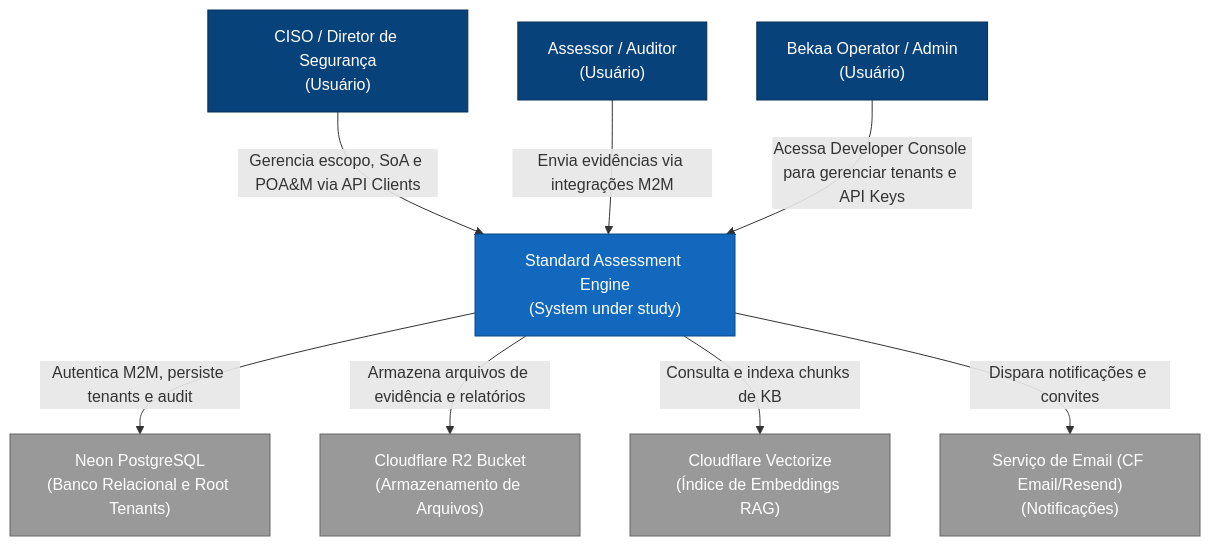
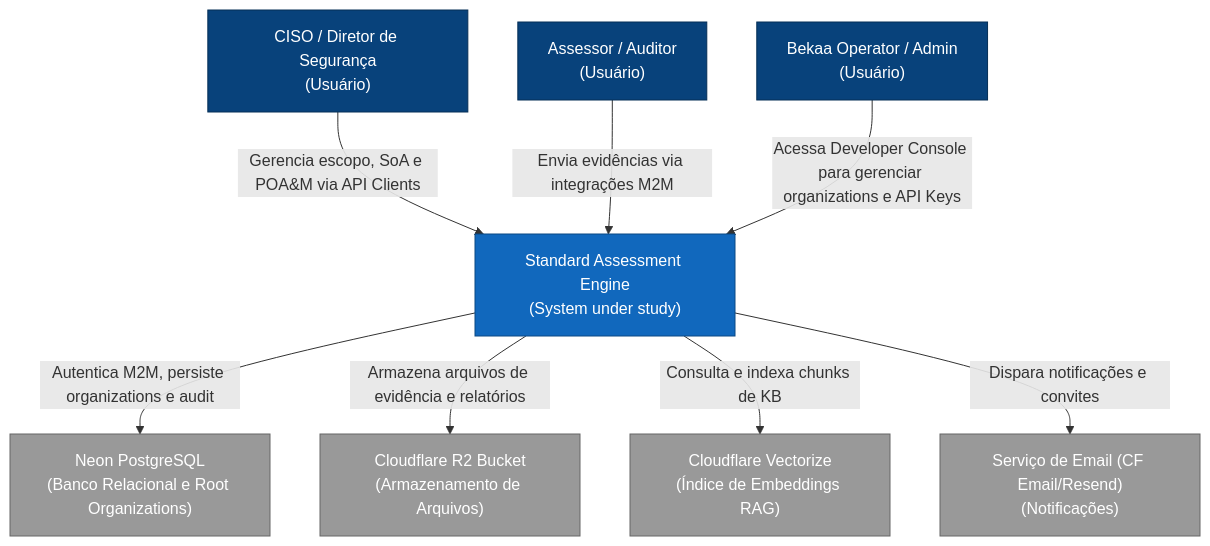
Before and after one commit to resper1965/standard-api: the first of 5 diagrams in apps/docs/src/content/docs/architecture/arc42.md, drawn with Mermaid. The commit also changed other lines of this file and 507 other files, not shown here.

````diff
--- a/apps/docs/src/content/docs/architecture/arc42.md
+++ b/apps/docs/src/content/docs/architecture/arc42.md
@@ -57,35 +57,35 @@
 ```mermaid
 graph TB
     %% Atores
     ciso["CISO / Diretor de Segurança<br>(Usuário)"]
     assessor["Assessor / Auditor<br>(Usuário)"]
     admin["Bekaa Operator / Admin<br>(Usuário)"]
 
     %% Sistema Principal
     standard["Standard Assessment Engine<br>(System under study)"]
 
     %% Sistemas Externos
-    db["Neon PostgreSQL<br>(Banco Relacional e Root Tenants)"]
+    db["Neon PostgreSQL<br>(Banco Relacional e Root Organizations)"]
     r2["Cloudflare R2 Bucket<br>(Armazenamento de Arquivos)"]
     vectorize["Cloudflare Vectorize<br>(Índice de Embeddings RAG)"]
     email["Serviço de Email (CF Email/Resend)<br>(Notificações)"]
 
     %% Relações de Atores para o Sistema
     ciso -->|"Gerencia escopo, SoA e POA&M via API Clients"| standard
     assessor -->|"Envia evidências via integrações M2M"| standard
-    admin -->|"Acessa Developer Console para gerenciar tenants e API Keys"| standard
+    admin -->|"Acessa Developer Console para gerenciar organizations e API Keys"| standard
 
     %% Relações do Sistema para Sistemas Externos
-    standard -->|"Autentica M2M, persiste tenants e audit"| db
+    standard -->|"Autentica M2M, persiste organizations e audit"| db
     standard -->|"Armazena arquivos de evidência e relatórios"| r2
     standard -->|"Consulta e indexa chunks de KB"| vectorize
     standard -->|"Dispara notificações e convites"| email
 
     classDef actor fill:#08427b,stroke:#052e56,color:#fff;
     classDef system fill:#1168bd,stroke:#0b4884,color:#fff;
     classDef external fill:#999999,stroke:#666666,color:#fff;
 
     class ciso,assessor,admin actor;
     class standard system;
     class db,r2,vectorize,email external;
 ```
````
